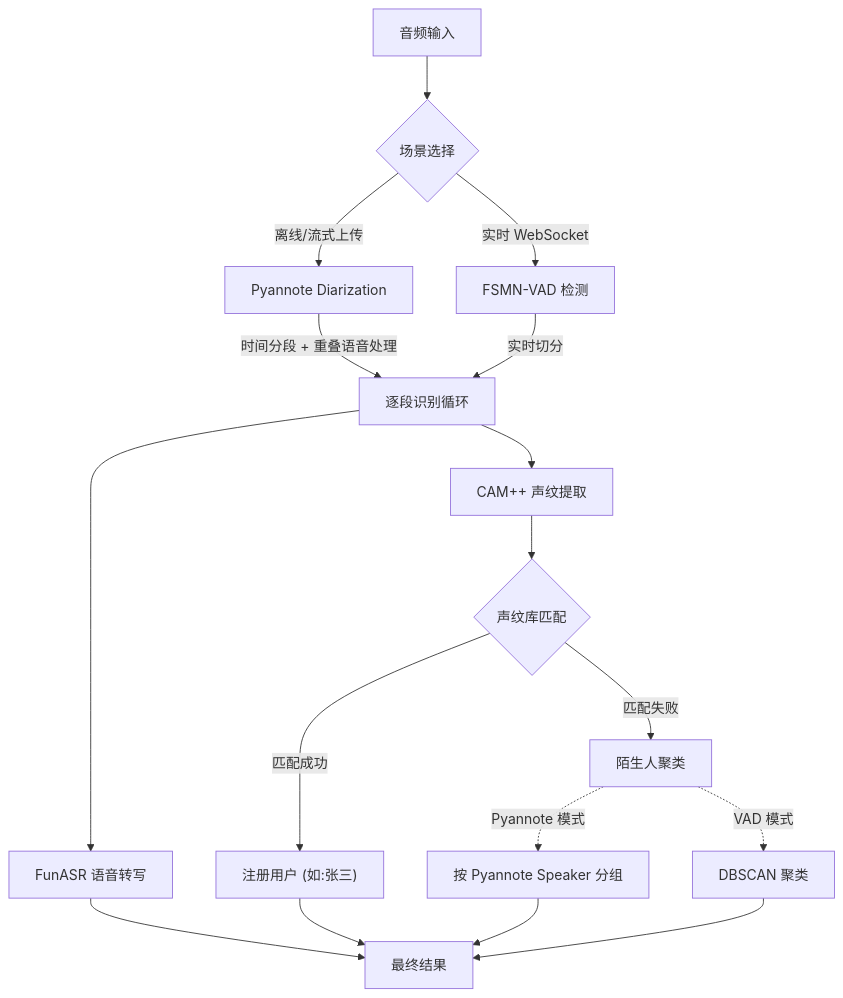
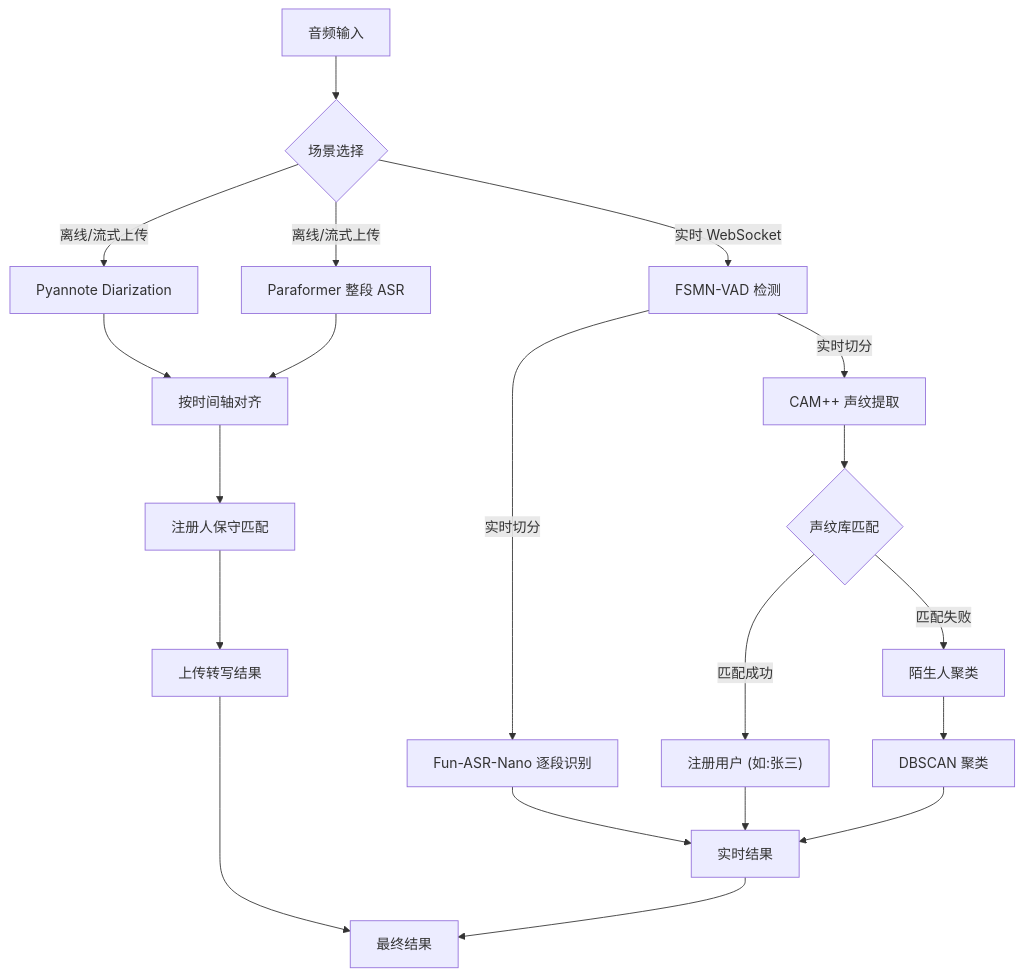
Before and after one commit to yahuo/VoiceprintRecognition: the diagram in README.md, drawn with Mermaid. The commit also changed other lines of this file and 1 other file, not shown here.

Commit message:
docs: 同步离线部署配置与当前上传链路说明

````diff
--- a/README.md
+++ b/README.md
@@ -122,27 +122,26 @@
 ```mermaid
 graph TD
     Input[音频输入] --> Mode{场景选择}
 
-    %% Pyannote 路径 (高精度分段)
+    %% 离线 / 上传路径
     Mode -->|离线/流式上传| P1[Pyannote Diarization]
-    P1 -->|时间分段 + 重叠语音处理| Loop[逐段识别循环]
+    Mode -->|离线/流式上传| P2[Paraformer 整段 ASR]
+    P1 --> Align[按时间轴对齐]
+    P2 --> Align
+    Align --> UploadSV[注册人保守匹配]
+    UploadSV --> UploadOut[上传转写结果]
 
-    %% VAD 路径 (低延迟)
+    %% 实时路径
     Mode -->|实时 WebSocket| V1[FSMN-VAD 检测]
-    V1 -->|实时切分| Loop
-
-    %% 每段独立识别
-    Loop --> ASR[FunASR 语音转写]
-    Loop --> SV[CAM++ 声纹提取]
-
-    SV --> Match{声纹库匹配}
+    V1 -->|实时切分| R1[Fun-ASR-Nano 逐段识别]
+    V1 -->|实时切分| R2[CAM++ 声纹提取]
+    R2 --> Match{声纹库匹配}
     Match -->|匹配成功| User["注册用户 (如:张三)"]
     Match -->|匹配失败| Stranger["陌生人聚类"]
-    Stranger -.->|Pyannote 模式| PyCluster["按 Pyannote Speaker 分组"]
-    Stranger -.->|VAD 模式| DBCluster["DBSCAN 聚类"]
-
-    ASR --> Output[最终结果]
+    Stranger --> DBCluster["DBSCAN 聚类"]
+    R1 --> Output[实时结果]
     User --> Output
-    PyCluster --> Output
     DBCluster --> Output
+    UploadOut --> Final[最终结果]
+    Output --> Final
 ```
````
